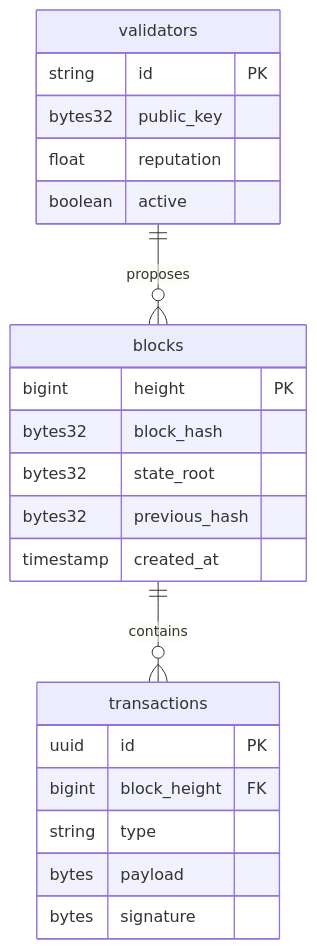
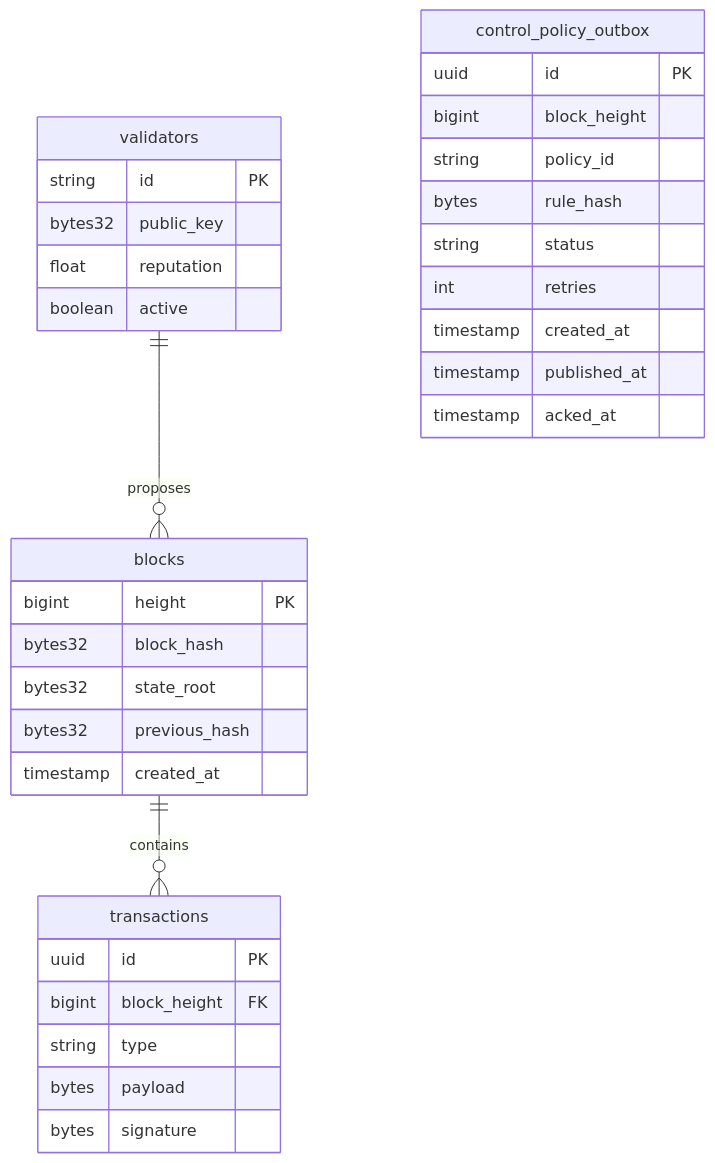
Diagram 14 of 15 in docs/design/DATA_FLOW.md (EveShark/CyberMesh), drawn with Mermaid before and after one commit. The commit also changed other lines of this file and 13 other files, not shown here.

Commit message:
Update architecture and design documentation

````diff
--- a/docs/design/DATA_FLOW.md
+++ b/docs/design/DATA_FLOW.md
@@ -518,28 +556,40 @@
 ```mermaid
 erDiagram
     blocks ||--o{ transactions : contains
     validators ||--o{ blocks : proposes
     
     blocks {
         bigint height PK
         bytes32 block_hash
         bytes32 state_root
         bytes32 previous_hash
         timestamp created_at
     }
     
     transactions {
         uuid id PK
         bigint block_height FK
         string type
         bytes payload
         bytes signature
     }
+
+    control_policy_outbox {
+        uuid id PK
+        bigint block_height
+        string policy_id
+        bytes rule_hash
+        string status
+        int retries
+        timestamp created_at
+        timestamp published_at
+        timestamp acked_at
+    }
     
     validators {
         string id PK
         bytes32 public_key
         float reputation
         boolean active
     }
 ```
````
